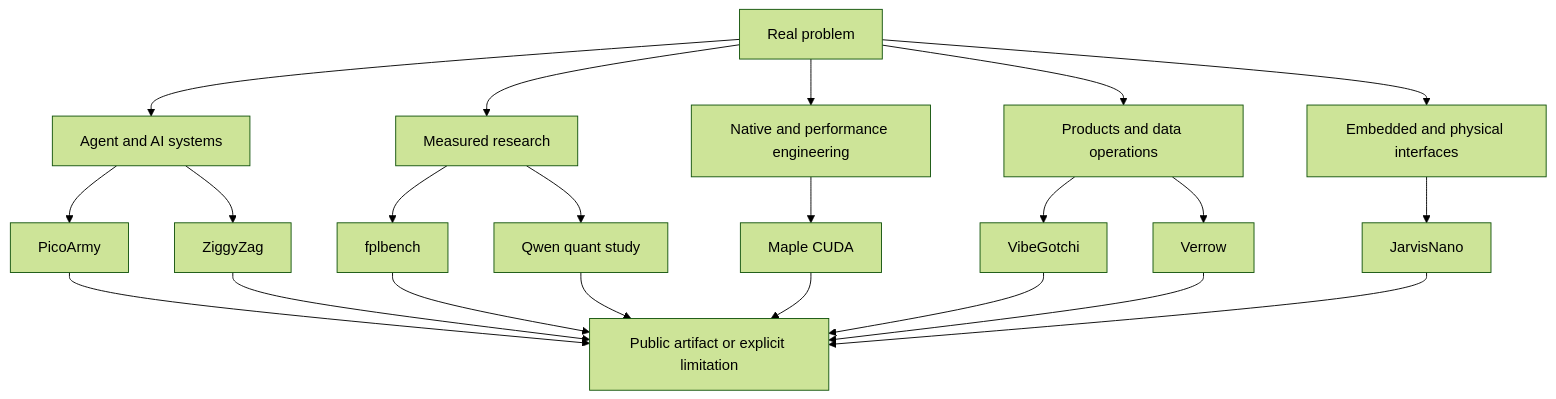
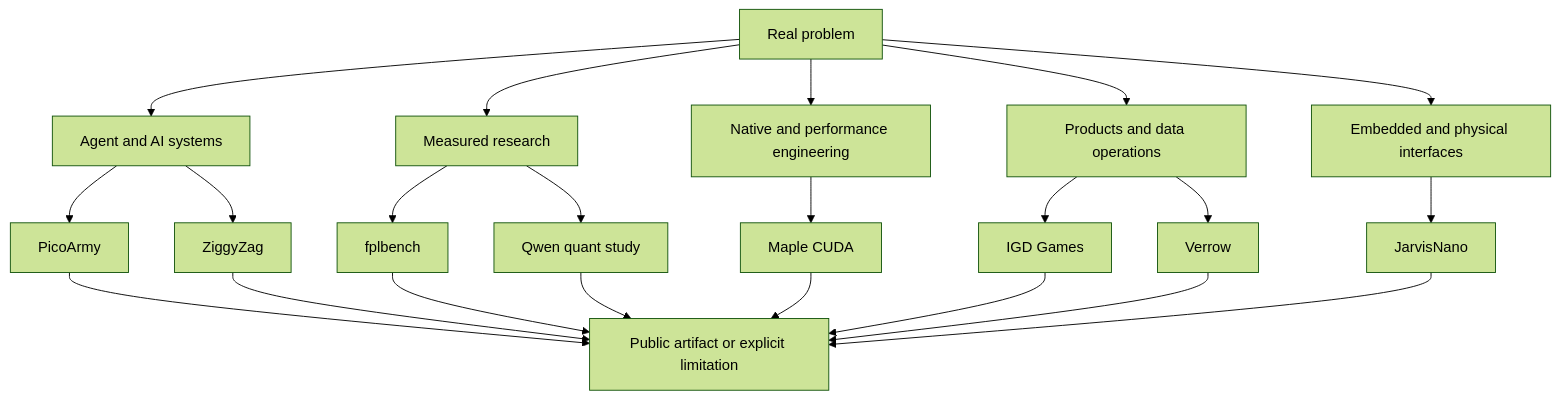
Before and after one commit to PascalAI2024/portfolio: the diagram in README.md, drawn with Mermaid (forest theme). The commit also changed other lines of this file and 2 other files, not shown here.

Commit message:
Feature production AI systems and the playable IGD games lab

````diff
--- a/README.md
+++ b/README.md
@@ -97,24 +110,24 @@
 ```mermaid
 flowchart TB
     P[Real problem] --> A[Agent and AI systems]
     P --> R[Measured research]
     P --> S[Native and performance engineering]
     P --> D[Products and data operations]
     P --> H[Embedded and physical interfaces]
     A --> PA[PicoArmy]
     A --> ZZ[ZiggyZag]
     R --> F[fplbench]
     R --> Q[Qwen quant study]
     S --> M[Maple CUDA]
-    D --> VG[VibeGotchi]
+    D --> VG[IGD Games]
     D --> V[Verrow]
     H --> J[JarvisNano]
     PA --> E[Public artifact or explicit limitation]
     ZZ --> E
     F --> E
     Q --> E
     M --> E
     VG --> E
     V --> E
     J --> E
 ```
````
